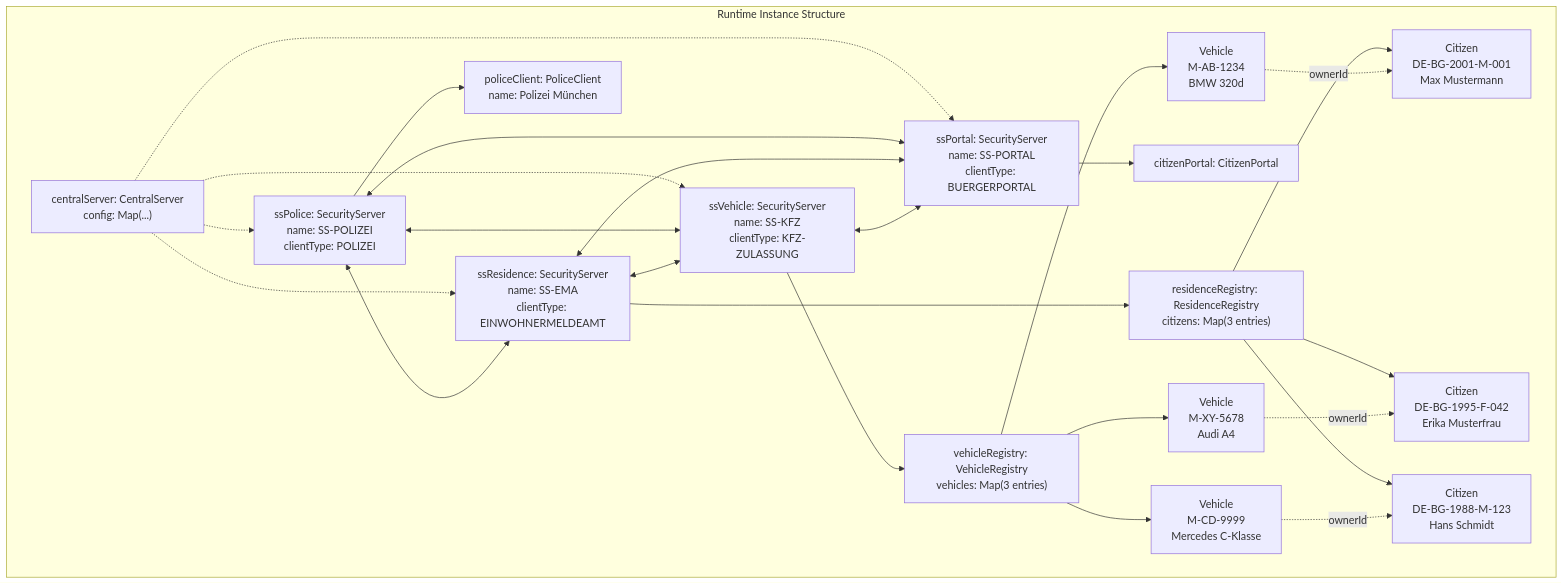
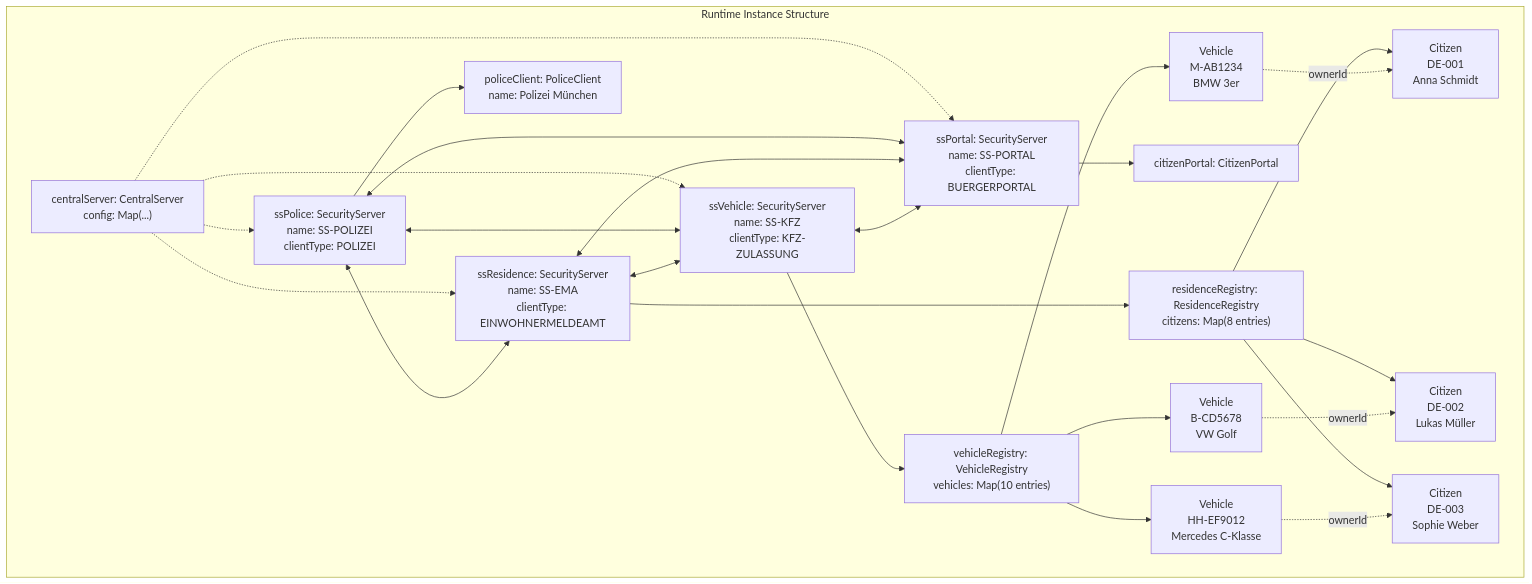
The sixth of 6 diagrams in diagramms/CLASS-DIAGRAM.md (nkoeberlein/once-only-sim), drawn with Mermaid before and after one commit. The commit also changed other lines of this file and 3 other files, not shown here.

Commit message:
Update class diagram

````diff
--- a/diagramms/CLASS-DIAGRAM.md
+++ b/diagramms/CLASS-DIAGRAM.md
@@ -448,53 +534,53 @@
 ```mermaid
 graph TB
     subgraph "Runtime Instance Structure"
         CS_INST["centralServer: CentralServer<br/>config: Map(...)"]
         
         SS1_INST["ssPolice: SecurityServer<br/>name: SS-POLIZEI<br/>clientType: POLIZEI"]
         SS2_INST["ssResidence: SecurityServer<br/>name: SS-EMA<br/>clientType: EINWOHNERMELDEAMT"]
         SS3_INST["ssVehicle: SecurityServer<br/>name: SS-KFZ<br/>clientType: KFZ-ZULASSUNG"]
         SS4_INST["ssPortal: SecurityServer<br/>name: SS-PORTAL<br/>clientType: BUERGERPORTAL"]
         
         PC_INST["policeClient: PoliceClient<br/>name: Polizei München"]
-        RR_INST["residenceRegistry: ResidenceRegistry<br/>citizens: Map(3 entries)"]
-        VR_INST["vehicleRegistry: VehicleRegistry<br/>vehicles: Map(3 entries)"]
+        RR_INST["residenceRegistry: ResidenceRegistry<br/>citizens: Map(8 entries)"]
+        VR_INST["vehicleRegistry: VehicleRegistry<br/>vehicles: Map(10 entries)"]
         CP_INST["citizenPortal: CitizenPortal"]
         
-        CIT1["Citizen<br/>DE-BG-2001-M-001<br/>Max Mustermann"]
-        CIT2["Citizen<br/>DE-BG-1995-F-042<br/>Erika Musterfrau"]
-        CIT3["Citizen<br/>DE-BG-1988-M-123<br/>Hans Schmidt"]
+        CIT1["Citizen<br/>DE-001<br/>Anna Schmidt"]
+        CIT2["Citizen<br/>DE-002<br/>Lukas Müller"]
+        CIT3["Citizen<br/>DE-003<br/>Sophie Weber"]
         
-        VEH1["Vehicle<br/>M-AB-1234<br/>BMW 320d"]
-        VEH2["Vehicle<br/>M-XY-5678<br/>Audi A4"]
-        VEH3["Vehicle<br/>M-CD-9999<br/>Mercedes C-Klasse"]
+        VEH1["Vehicle<br/>M-AB1234<br/>BMW 3er"]
+        VEH2["Vehicle<br/>B-CD5678<br/>VW Golf"]
+        VEH3["Vehicle<br/>HH-EF9012<br/>Mercedes C-Klasse"]
     end
     
     CS_INST -.-> SS1_INST
     CS_INST -.-> SS2_INST
     CS_INST -.-> SS3_INST
     CS_INST -.-> SS4_INST
     
     SS1_INST <--> SS2_INST
     SS1_INST <--> SS3_INST
     SS1_INST <--> SS4_INST
     SS2_INST <--> SS3_INST
     SS2_INST <--> SS4_INST
     SS3_INST <--> SS4_INST
     
     SS1_INST --> PC_INST
     SS2_INST --> RR_INST
     SS3_INST --> VR_INST
     SS4_INST --> CP_INST
     
     RR_INST --> CIT1
     RR_INST --> CIT2
     RR_INST --> CIT3
     
     VR_INST --> VEH1
     VR_INST --> VEH2
     VR_INST --> VEH3
     
     VEH1 -.ownerId.-> CIT1
     VEH2 -.ownerId.-> CIT2
     VEH3 -.ownerId.-> CIT3
 ```
````
